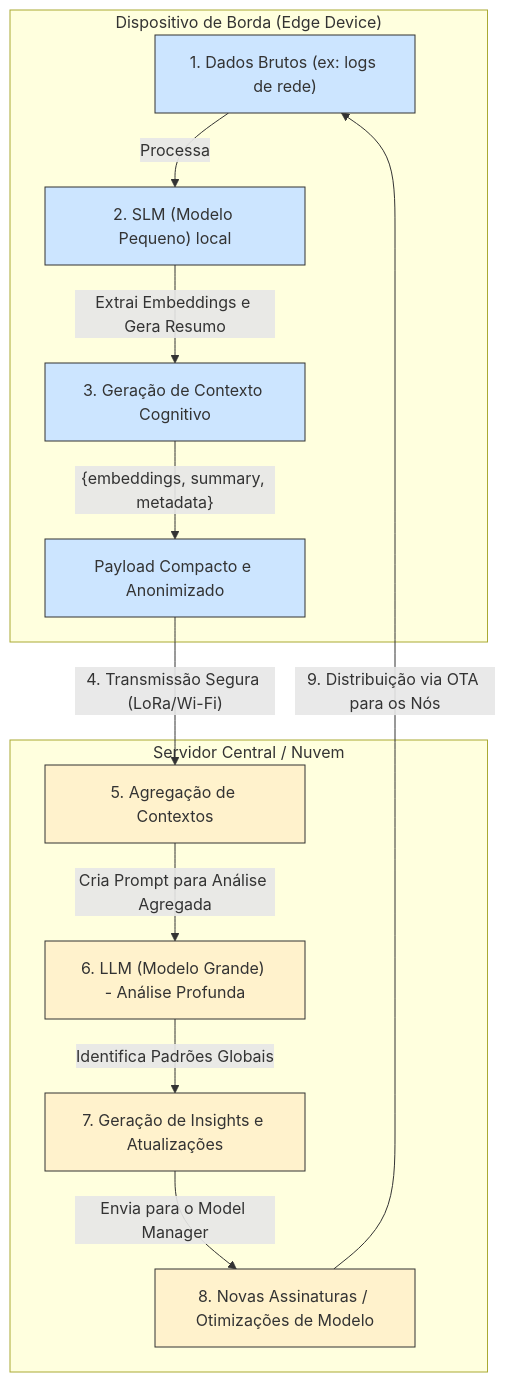
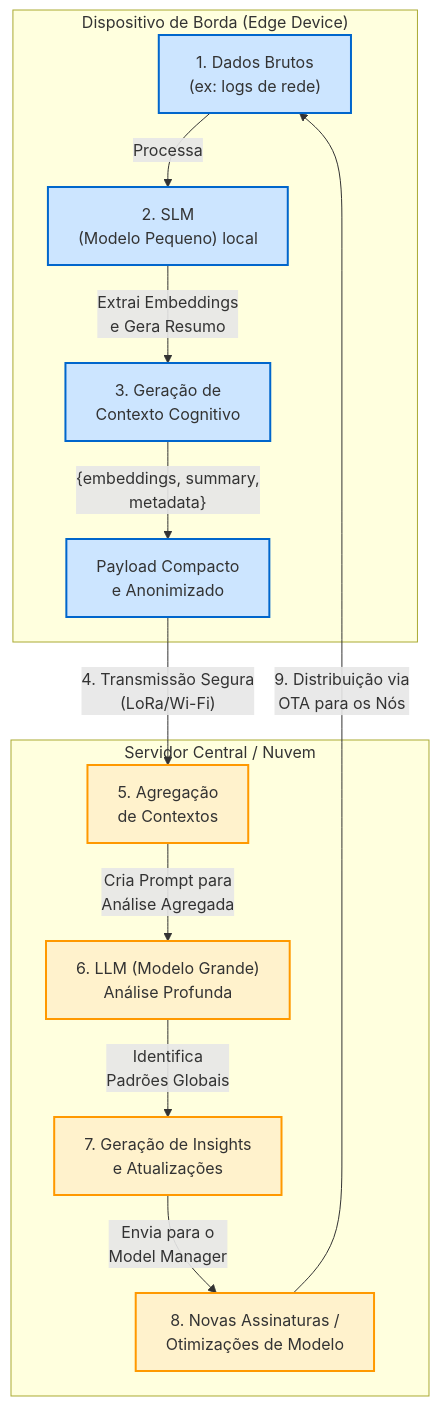
Before and after one commit to Atous-Technology-Systems/network: the fifth of 5 diagrams in README.md, drawn with Mermaid. The commit also changed other lines of this file and 4 other files, not shown here.

````diff
--- a/README.md
+++ b/README.md
@@ -214,30 +214,33 @@
 ```mermaid
 graph TD
-    subgraph "Dispositivo de Borda (Edge Device)"
-        A["1. Dados Brutos (ex: logs de rede)"]
-        B["2. SLM (Modelo Pequeno) local"]
-        C["3. Geração de Contexto Cognitivo"]
-        D["Payload Compacto e Anonimizado"]
+    subgraph Edge ["Dispositivo de Borda (Edge Device)"]
+        A["1. Dados Brutos<br/>(ex: logs de rede)"]
+        B["2. SLM<br/>(Modelo Pequeno) local"]
+        C["3. Geração de<br/>Contexto Cognitivo"]
+        D["Payload Compacto<br/>e Anonimizado"]
     end
 
-    subgraph "Servidor Central / Nuvem"
-        E["5. Agregação de Contextos"]
-        F["6. LLM (Modelo Grande) - Análise Profunda"]
-        G["7. Geração de Insights e Atualizações"]
-        H["8. Novas Assinaturas / Otimizações de Modelo"]
+    subgraph Cloud ["Servidor Central / Nuvem"]
+        E["5. Agregação<br/>de Contextos"]
+        F["6. LLM (Modelo Grande)<br/>Análise Profunda"]
+        G["7. Geração de Insights<br/>e Atualizações"]
+        H["8. Novas Assinaturas /<br/>Otimizações de Modelo"]
     end
 
-    A -- "Processa" --> B
-    B -- "Extrai Embeddings e Gera Resumo" --> C
-    C -- "{embeddings, summary, metadata}" --> D
-    D -- "4. Transmissão Segura (LoRa/Wi-Fi)" --> E
-    E -- "Cria Prompt para Análise Agregada" --> F
-    F -- "Identifica Padrões Globais" --> G
-    G -- "Envia para o Model Manager" --> H
-    H -- "9. Distribuição via OTA para os Nós" --> A
+    A -->|"Processa"| B
+    B -->|"Extrai Embeddings<br/>e Gera Resumo"| C
+    C -->|"{embeddings, summary,<br/>metadata}"| D
+    D -->|"4. Transmissão Segura<br/>(LoRa/Wi-Fi)"| E
+    E -->|"Cria Prompt para<br/>Análise Agregada"| F
+    F -->|"Identifica<br/>Padrões Globais"| G
+    G -->|"Envia para o<br/>Model Manager"| H
+    H -->|"9. Distribuição via<br/>OTA para os Nós"| A
 
-    classDef edge fill:#cce5ff,stroke:#333;
-    class A,B,C,D edge;
-    classDef cloud fill:#fff2cc,stroke:#333;
-    class E,F,G,H cloud;
+    %% Styling
+    classDef edge fill:#cce5ff,stroke:#0066cc,stroke-width:2px
+    classDef cloud fill:#fff2cc,stroke:#ff9900,stroke-width:2px
+    classDef subgraphStyle fill:#f9f9f9,stroke:#333,stroke-width:2px
+    
+    class A,B,C,D edge
+    class E,F,G,H cloud
 ```
````
